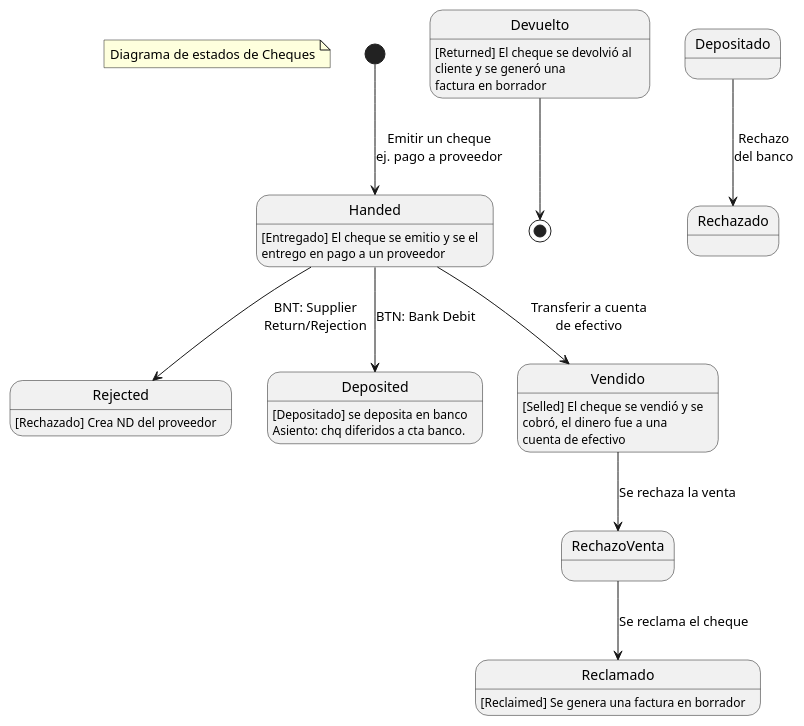
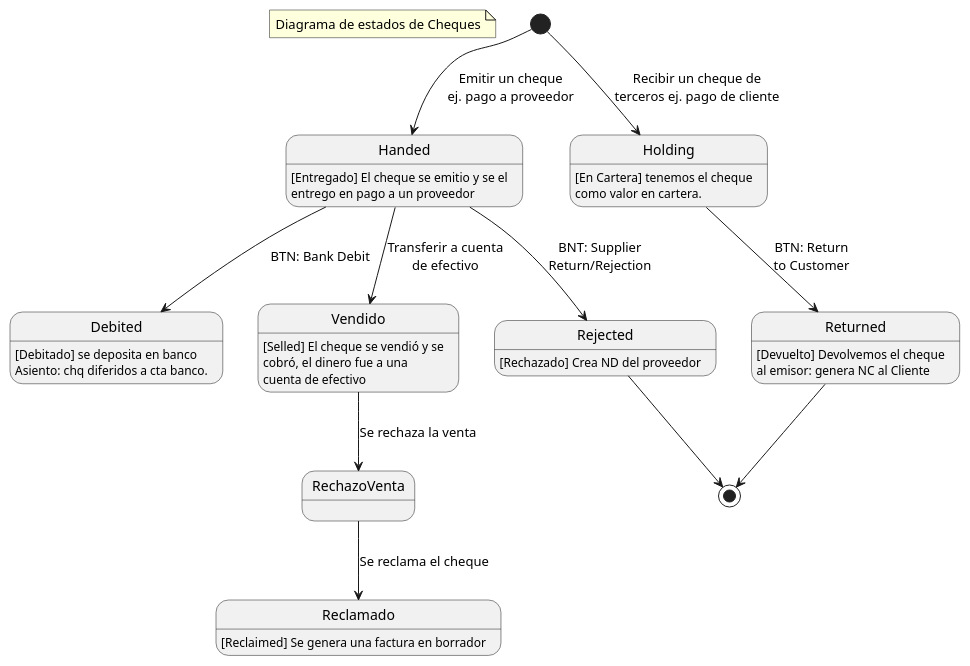
The diagram in doc/cheques.puml (yasserdjerbi/test), drawn with PlantUML before and after one commit. The commit also changed 1 other file, not shown here.

```diff
--- a/doc/cheques.puml
+++ b/doc/cheques.puml
@@ -1,59 +1,60 @@
 @startuml
 
 ' Cheques de terceros, en desarrollo...
 '        ('draft', 'Draft'),
 '        ('holding', 'Holding'),
 '        ('deposited', 'Deposited'), -------------
 '        ('selled', 'Selled'),      ----------------
 '        ('delivered', 'Delivered'), [Endosado]
 '        ('transfered', 'Transfered'),
 '        ('reclaimed', 'Reclaimed'), ------------
 '        ('withdrawed', 'Withdrawed'),
 '        ('handed', 'Handed'),      -------------
 '        ('rejected', 'Rejected'), --------------
 '        ('debited', 'Debited'),
 '        ('returned', 'Returned'), --------------
 '        ('changed', 'Changed'),
 '        ('cancel', 'Cancel'),
 
 '        'holding':   ['draft', 'deposited', 'selled', 'delivered', 'transfered'],
 '        'delivered': ['holding'],
 '        'deposited': ['holding', 'rejected'],
 '        'selled':    ['holding'],
 '        'handed':    ['draft'],
 '        'transfered': ['holding'],
 '        'withdrawed': ['draft'],
 '        'rejected':  ['delivered', 'deposited', 'selled', 'handed'],
 '        'debited':   ['handed'],
 '        'returned':  ['handed', 'holding'],
 '        'changed':   ['handed', 'holding'],
 '        'cancel':    ['draft'],
 '        'reclaimed': ['rejected'],
 
 note "Diagrama de estados de Cheques" as N1
 
 Handed: [Entregado] El cheque se emitio y se el\nentrego en pago a un proveedor
 Rejected: [Rechazado] Crea ND del proveedor
-Deposited: [Depositado] se deposita en banco\nAsiento: chq diferidos a cta banco.
-
+Debited: [Debitado] se deposita en banco\nAsiento: chq diferidos a cta banco.
+Holding: [En Cartera] tenemos el cheque\ncomo valor en cartera.
+Returned: [Devuelto] Devolvemos el cheque\nal emisor: genera NC al Cliente
 
 [*] --> Handed : Emitir un cheque\nej. pago a proveedor
-Handed --> Deposited : BTN: Bank Debit
+Handed --> Debited : BTN: Bank Debit
 Handed --> Rejected: BNT: Supplier\nReturn/Rejection
+Rejected --> [*]
+
+[*] --> Holding: Recibir un cheque de\nterceros ej. pago de cliente
+Holding --> Returned: BTN: Return\nto Customer
+Returned --> [*]
 
 
 
-
-
-
-Devuelto : [Returned] El cheque se devolvió al \ncliente y se generó una\nfactura en borrador
 Vendido: [Selled] El cheque se vendió y se\ncobró, el dinero fue a una\ncuenta de efectivo
 Reclamado: [Reclaimed] Se genera una factura en borrador
 
 Handed --> Vendido: Transferir a cuenta\nde efectivo
-Depositado --> Rechazado : Rechazo\ndel banco
-Devuelto --> [*]
+
 Vendido --> RechazoVenta : Se rechaza la venta
 RechazoVenta --> Reclamado: Se reclama el cheque
 
 @enduml
```
